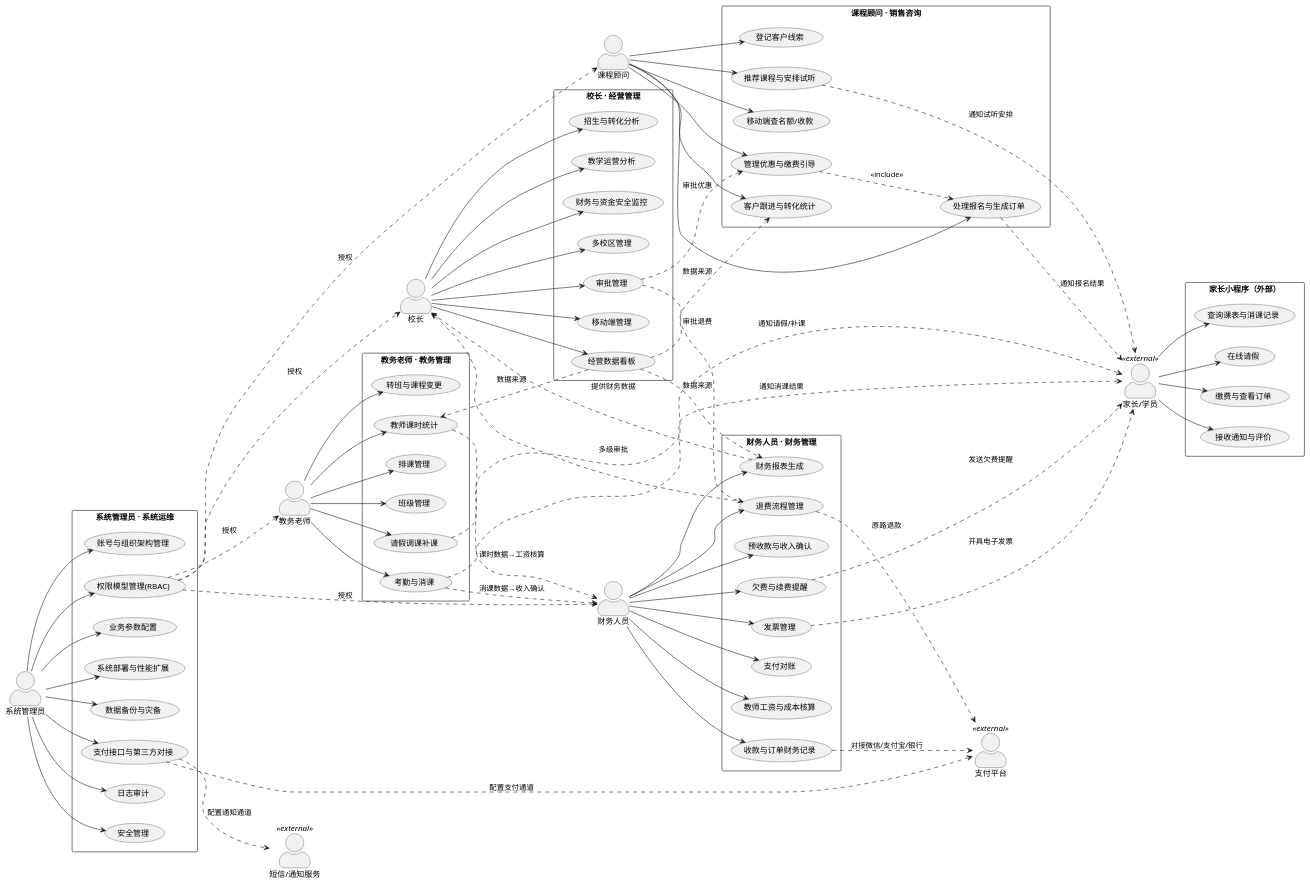
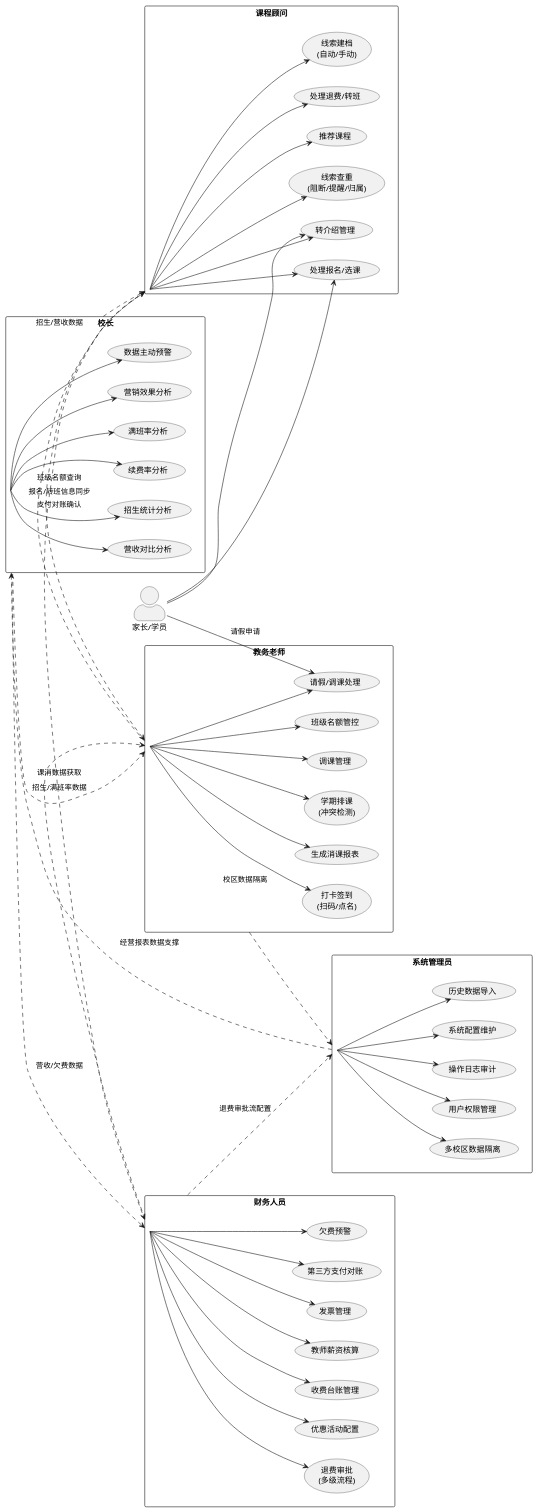
Before and after one commit to Meipao-123/Academic-Fee-Management-System-of-Education-and-Training-Institutions: the diagram in wiki/summaries/UML用例图-v1.0.puml, drawn with PlantUML. The commit also changed 5 other files, not shown here.

```diff
--- a/wiki/summaries/UML用例图-v1.0.puml
+++ b/wiki/summaries/UML用例图-v1.0.puml
@@ -1,171 +1,111 @@
-@startuml 教育培训机构教务收费管理系统-用例图
-' ============================================================
-' A3 建模智能体 — 用例图 v1.0
-' 来源: raw/notes/ 5份涉众需求记录 + 作战计划 §7 模块清单
-' ============================================================
-
+@startuml
 left to right direction
 skinparam packageStyle rectangle
 skinparam actorStyle awesome
 
-' ── 涉众（Actor）──────────────────────────────────────────
-actor "课程顾问" as Consultant
-actor "教务老师" as Academic
-actor "财务人员" as Finance
-actor "校长" as Principal
-actor "系统管理员" as Admin
+actor "家长/学员" as Parent
+actor 课程顾问
+actor 教务老师
+actor 财务人员
+actor 校长
+actor 系统管理员
 
-actor "家长/学员" as Parent <<external>>
-actor "支付平台" as Payment <<external>>
-actor "短信/通知服务" as SMS <<external>>
-
-' ═══════════════════════════════════════════════════════════
-' 课程顾问 用例
-' ═══════════════════════════════════════════════════════════
-package "课程顾问 · 销售咨询" {
-  usecase "登记客户线索" as UC_Lead
-  usecase "推荐课程与安排试听" as UC_Trial
-  usecase "处理报名与生成订单" as UC_Order
-  usecase "管理优惠与缴费引导" as UC_Discount
-  usecase "客户跟进与转化统计" as UC_FollowUp
-  usecase "移动端查名额/收款" as UC_Mobile
-  
-  Consultant --> UC_Lead
-  Consultant --> UC_Trial
-  Consultant --> UC_Order
-  Consultant --> UC_Discount
-  Consultant --> UC_FollowUp
-  Consultant --> UC_Mobile
-  
-  UC_Order ..> Parent : 通知报名结果
-  UC_Trial ..> Parent : 通知试听安排
-  UC_Discount ..> UC_Order : <<include>>
+package "课程顾问" {
+    usecase "线索建档\n(自动/手动)" as UC_Lead
+    usecase "线索查重\n(阻断/提醒/归属)" as UC_Dedupe
+    usecase "推荐课程" as UC_Recommend
+    usecase "处理报名/选课" as UC_Enroll
+    usecase "转介绍管理" as UC_Referral
+    usecase "处理退费/转班" as UC_Refund
 }
 
-' ═══════════════════════════════════════════════════════════
-' 教务老师 用例
-' ═══════════════════════════════════════════════════════════
-package "教务老师 · 教务管理" {
-  usecase "排课管理" as UC_Schedule
-  usecase "班级管理" as UC_Class
-  usecase "考勤与消课" as UC_Attendance
-  usecase "请假调课补课" as UC_Leave
-  usecase "转班与课程变更" as UC_Transfer
-  usecase "教师课时统计" as UC_TeacherHours
-  
-  Academic --> UC_Schedule
-  Academic --> UC_Class
-  Academic --> UC_Attendance
-  Academic --> UC_Leave
-  Academic --> UC_Transfer
-  Academic --> UC_TeacherHours
-  
-  UC_Attendance ..> Parent : 通知消课结果
-  UC_Leave ..> Parent : 通知请假/补课
-  UC_Attendance ..> Finance : 消课数据→收入确认
-  UC_TeacherHours ..> Finance : 课时数据→工资核算
+package "教务老师" {
+    usecase "学期排课\n(冲突检测)" as UC_Schedule
+    usecase "调课管理" as UC_Reschedule
+    usecase "班级名额管控" as UC_Capacity
+    usecase "打卡签到\n(扫码/点名)" as UC_Checkin
+    usecase "请假/调课处理" as UC_Leave
+    usecase "生成消课报表" as UC_Report
 }
 
-' ═══════════════════════════════════════════════════════════
-' 财务人员 用例
-' ═══════════════════════════════════════════════════════════
-package "财务人员 · 财务管理" {
-  usecase "收款与订单财务记录" as UC_Receipt
-  usecase "预收款与收入确认" as UC_Revenue
-  usecase "退费流程管理" as UC_Refund
-  usecase "欠费与续费提醒" as UC_Arrears
-  usecase "发票管理" as UC_Invoice
-  usecase "支付对账" as UC_Reconciliation
-  usecase "教师工资与成本核算" as UC_Salary
-  usecase "财务报表生成" as UC_FinanceReport
-  
-  Finance --> UC_Receipt
-  Finance --> UC_Revenue
-  Finance --> UC_Refund
-  Finance --> UC_Arrears
-  Finance --> UC_Invoice
-  Finance --> UC_Reconciliation
-  Finance --> UC_Salary
-  Finance --> UC_FinanceReport
-  
-  UC_Receipt ..> Payment : 对接微信/支付宝/银行
-  UC_Refund ..> Payment : 原路退款
-  UC_Refund ..> Principal : 多级审批
-  UC_Arrears ..> Parent : 发送欠费提醒
-  UC_Invoice ..> Parent : 开具电子发票
-  UC_FinanceReport ..> Principal : 提供财务数据
+package "财务人员" {
+    usecase "收费台账管理" as UC_Ledger
+    usecase "教师薪资核算" as UC_Salary
+    usecase "发票管理" as UC_Invoice
+    usecase "第三方支付对账" as UC_Reconciliation
+    usecase "欠费预警" as UC_Arrears
+    usecase "退费审批\n(多级流程)" as UC_Approval
+    usecase "优惠活动配置" as UC_Promotion
 }
 
-' ═══════════════════════════════════════════════════════════
-' 校长 用例
-' ═══════════════════════════════════════════════════════════
-package "校长 · 经营管理" {
-  usecase "经营数据看板" as UC_Dashboard
-  usecase "招生与转化分析" as UC_Enrollment
-  usecase "教学运营分析" as UC_Operation
-  usecase "财务与资金安全监控" as UC_FundMonitor
-  usecase "多校区管理" as UC_MultiCampus
-  usecase "审批管理" as UC_Approval
-  usecase "移动端管理" as UC_PrincipalMobile
-  
-  Principal --> UC_Dashboard
-  Principal --> UC_Enrollment
-  Principal --> UC_Operation
-  Principal --> UC_FundMonitor
-  Principal --> UC_MultiCampus
-  Principal --> UC_Approval
-  Principal --> UC_PrincipalMobile
-  
-  UC_Approval ..> UC_Refund : 审批退费
-  UC_Approval ..> UC_Discount : 审批优惠
-  UC_Dashboard ..> UC_FinanceReport : 数据来源
-  UC_Dashboard ..> UC_FollowUp : 数据来源
-  UC_Dashboard ..> UC_TeacherHours : 数据来源
+package "校长" {
+    usecase "营收对比分析" as UC_Revenue
+    usecase "招生统计分析" as UC_EnrollStats
+    usecase "续费率分析" as UC_Renewal
+    usecase "满班率分析" as UC_FullClass
+    usecase "营销效果分析" as UC_Marketing
+    usecase "数据主动预警" as UC_Alerts
 }
 
-' ═══════════════════════════════════════════════════════════
-' 系统管理员 用例
-' ═══════════════════════════════════════════════════════════
-package "系统管理员 · 系统运维" {
-  usecase "账号与组织架构管理" as UC_Account
-  usecase "权限模型管理(RBAC)" as UC_Permission
-  usecase "业务参数配置" as UC_Config
-  usecase "系统部署与性能扩展" as UC_Deploy
-  usecase "数据备份与灾备" as UC_Backup
-  usecase "支付接口与第三方对接" as UC_Integration
-  usecase "日志审计" as UC_Audit
-  usecase "安全管理" as UC_Security
-  
-  Admin --> UC_Account
-  Admin --> UC_Permission
-  Admin --> UC_Config
-  Admin --> UC_Deploy
-  Admin --> UC_Backup
-  Admin --> UC_Integration
-  Admin --> UC_Audit
-  Admin --> UC_Security
-  
-  UC_Integration ..> Payment : 配置支付通道
-  UC_Integration ..> SMS : 配置通知通道
-  UC_Permission ..> Consultant : 授权
-  UC_Permission ..> Academic : 授权
-  UC_Permission ..> Finance : 授权
-  UC_Permission ..> Principal : 授权
+package "系统管理员" {
+    usecase "多校区数据隔离" as UC_Isolation
+    usecase "用户权限管理" as UC_Rights
+    usecase "操作日志审计" as UC_Audit
+    usecase "系统配置维护" as UC_Config
+    usecase "历史数据导入" as UC_Import
 }
 
-' ═══════════════════════════════════════════════════════════
-' 家长/学员 外部用例
-' ═══════════════════════════════════════════════════════════
-package "家长小程序（外部）" {
-  usecase "查询课表与消课记录" as UC_ParentSchedule
-  usecase "在线请假" as UC_ParentLeave
-  usecase "缴费与查看订单" as UC_ParentPay
-  usecase "接收通知与评价" as UC_ParentNotify
-  
-  Parent --> UC_ParentSchedule
-  Parent --> UC_ParentLeave
-  Parent --> UC_ParentPay
-  Parent --> UC_ParentNotify
-}
+' 外部 Actor 关联
+Parent --> UC_Enroll
+Parent --> UC_Referral
+Parent --> UC_Leave : 请假申请
+
+' 内部 Actor 关联
+课程顾问 --> UC_Lead
+课程顾问 --> UC_Dedupe
+课程顾问 --> UC_Recommend
+课程顾问 --> UC_Enroll
+课程顾问 --> UC_Referral
+课程顾问 --> UC_Refund
+
+教务老师 --> UC_Schedule
+教务老师 --> UC_Reschedule
+教务老师 --> UC_Capacity
+教务老师 --> UC_Checkin
+教务老师 --> UC_Leave
+教务老师 --> UC_Report
+
+财务人员 --> UC_Ledger
+财务人员 --> UC_Salary
+财务人员 --> UC_Invoice
+财务人员 --> UC_Reconciliation
+财务人员 --> UC_Arrears
+财务人员 --> UC_Approval
+财务人员 --> UC_Promotion
+
+校长 --> UC_Revenue
+校长 --> UC_EnrollStats
+校长 --> UC_Renewal
+校长 --> UC_FullClass
+校长 --> UC_Marketing
+校长 --> UC_Alerts
+
+系统管理员 --> UC_Isolation
+系统管理员 --> UC_Rights
+系统管理员 --> UC_Audit
+系统管理员 --> UC_Config
+系统管理员 --> UC_Import
+
+' 跨涉众依赖关系 (..>)
+课程顾问 ..> 财务人员 : 支付对账确认
+课程顾问 ..> 教务老师 : 班级名额查询
+教务老师 ..> 系统管理员 : 校区数据隔离
+教务老师 ..> 课程顾问 : 报名/转班信息同步
+财务人员 ..> 系统管理员 : 退费审批流配置
+财务人员 ..> 教务老师 : 课消数据获取
+校长 ..> 教务老师 : 招生/满班率数据
+校长 ..> 课程顾问 : 招生/营收数据
+校长 ..> 财务人员 : 营收/欠费数据
+系统管理员 ..> 校长 : 经营报表数据支撑
 
 @enduml
```
